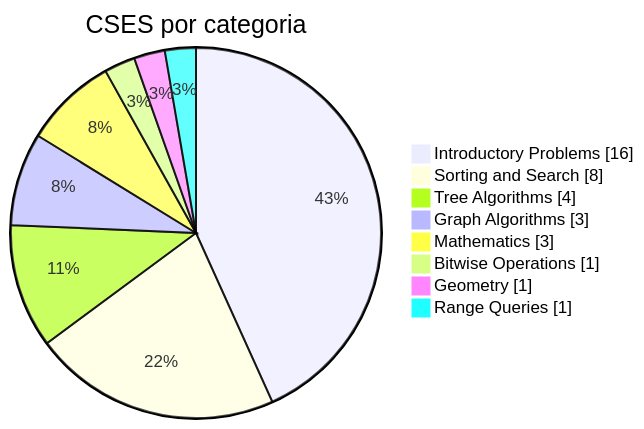
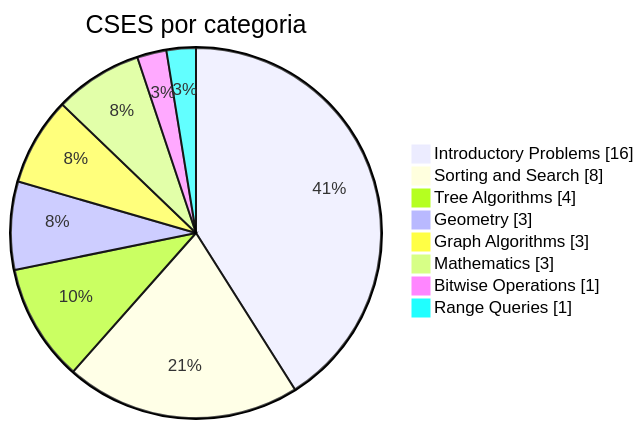
The third of 3 diagrams in README.md (hiroshimurosaki/vibe-coders), drawn with Mermaid before and after one commit. The commit also changed other lines of this file, not shown here.

````diff
--- a/README.md
+++ b/README.md
@@ -78,12 +78,12 @@
 ```mermaid
 pie showData
     title CSES por categoria
     "Introductory Problems" : 16
     "Sorting and Search" : 8
     "Tree Algorithms" : 4
+    "Geometry" : 3
     "Graph Algorithms" : 3
     "Mathematics" : 3
     "Bitwise Operations" : 1
-    "Geometry" : 1
     "Range Queries" : 1
 ```
````
